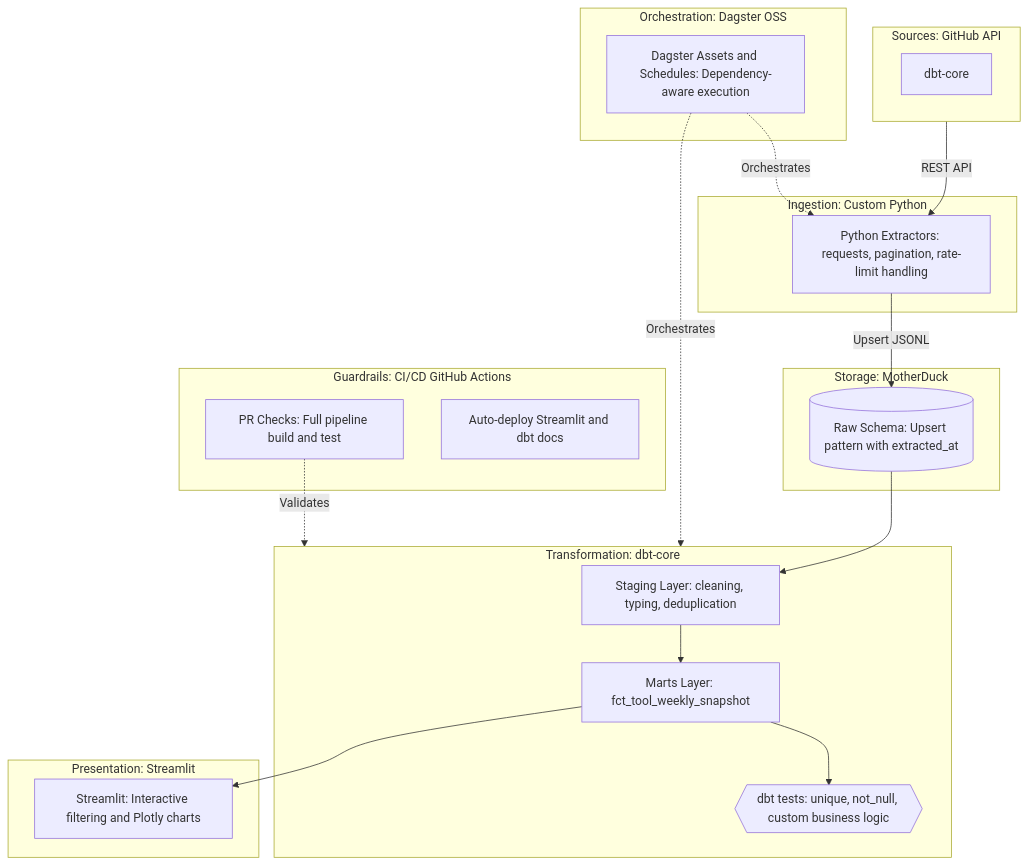
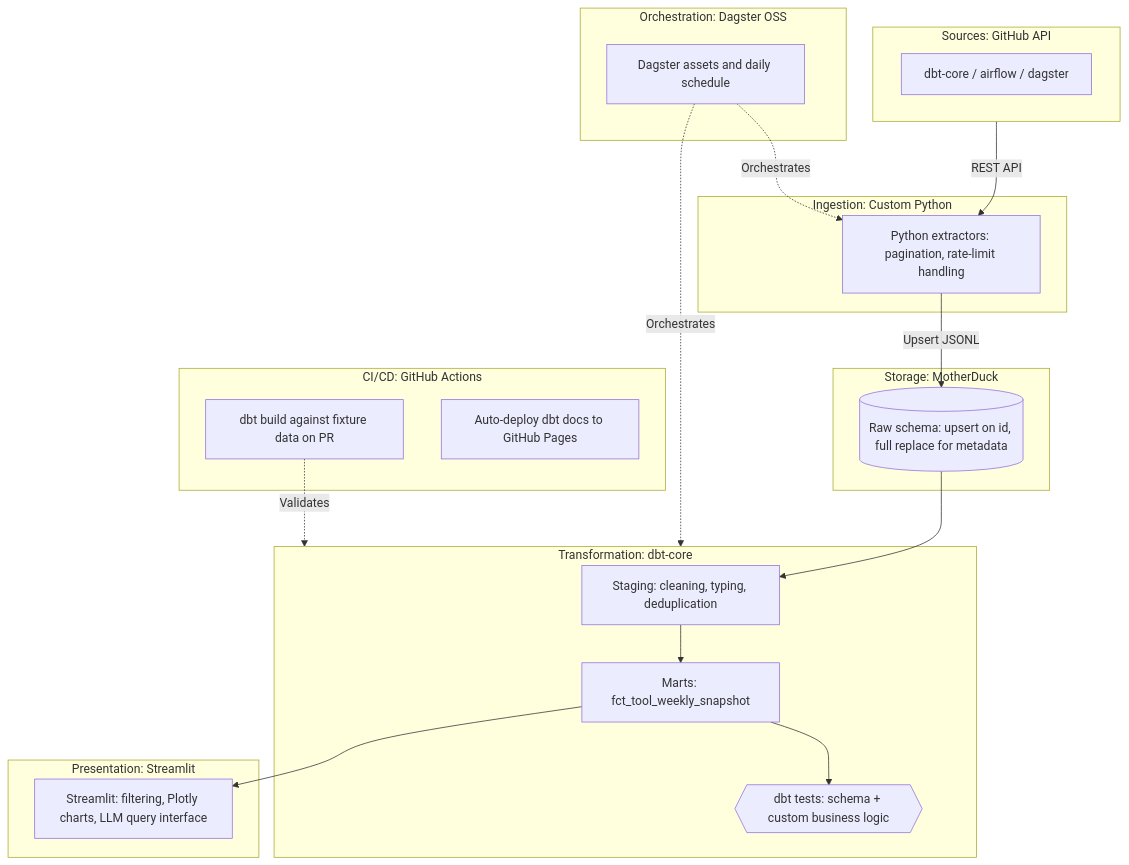
The diagram in README.md (ricard-alcaraz/modern-data-stack-health), drawn with Mermaid before and after one commit. The commit also changed other lines of this file and 5 other files, not shown here.

````diff
--- a/README.md
+++ b/README.md
@@ -20,43 +18,43 @@
 ```mermaid
 graph TD
     subgraph Sources ["Sources: GitHub API"]
-        G1[dbt-core]
+        G1[dbt-core / airflow / dagster]
     end
 
     subgraph Ingestion ["Ingestion: Custom Python"]
-        PY["Python Extractors: requests, pagination, rate-limit handling"]
+        PY["Python extractors: pagination, rate-limit handling"]
     end
 
     subgraph Storage ["Storage: MotherDuck"]
-        RAW[(Raw Schema: Upsert pattern with extracted_at)]
+        RAW[(Raw schema: upsert on id, full replace for metadata)]
     end
 
     subgraph Transformation ["Transformation: dbt-core"]
-        STG[Staging Layer: cleaning, typing, deduplication]
-        MRT[Marts Layer: fct_tool_weekly_snapshot]
-        TESTS{{dbt tests: unique, not_null, custom business logic}}
+        STG[Staging: cleaning, typing, deduplication]
+        MRT[Marts: fct_tool_weekly_snapshot]
+        TESTS{{dbt tests: schema + custom business logic}}
     end
 
     subgraph Orchestration ["Orchestration: Dagster OSS"]
-        DAG[Dagster Assets and Schedules: Dependency-aware execution]
+        DAG[Dagster assets and daily schedule]
     end
 
     subgraph Presentation ["Presentation: Streamlit"]
-        EVI[Streamlit: Interactive filtering and Plotly charts]
+        EVI[Streamlit: filtering, Plotly charts, LLM query interface]
     end
 
-    subgraph Guardrails ["Guardrails: CI/CD GitHub Actions"]
-        CI[PR Checks: Full pipeline build and test]
-        CD[Auto-deploy Streamlit and dbt docs]
+    subgraph Guardrails ["CI/CD: GitHub Actions"]
+        CI[dbt build against fixture data on PR]
+        CD[Auto-deploy dbt docs to GitHub Pages]
     end
 
     Sources -->|REST API| PY
     PY -->|Upsert JSONL| RAW
     RAW --> STG
     STG --> MRT
     MRT --> TESTS
     DAG -.->|Orchestrates| PY
     DAG -.->|Orchestrates| Transformation
     MRT --> EVI
     CI -.->|Validates| Transformation
 ```
````
